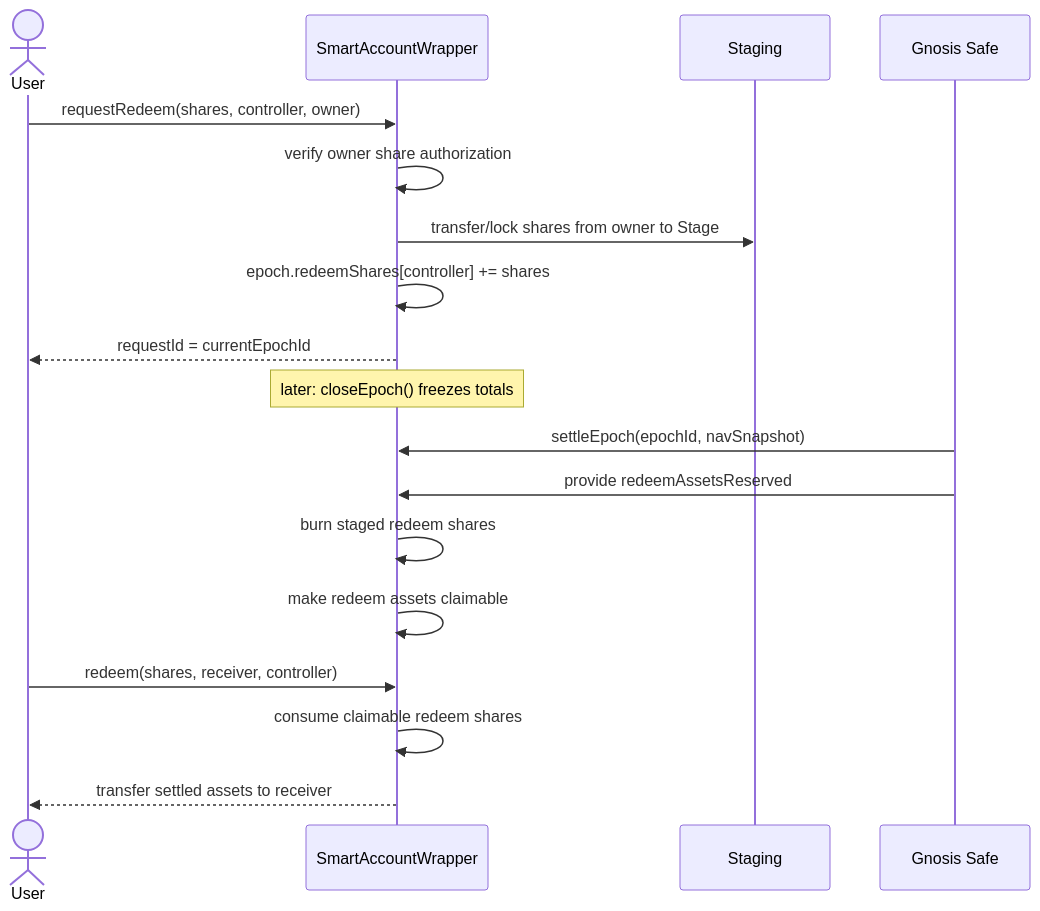
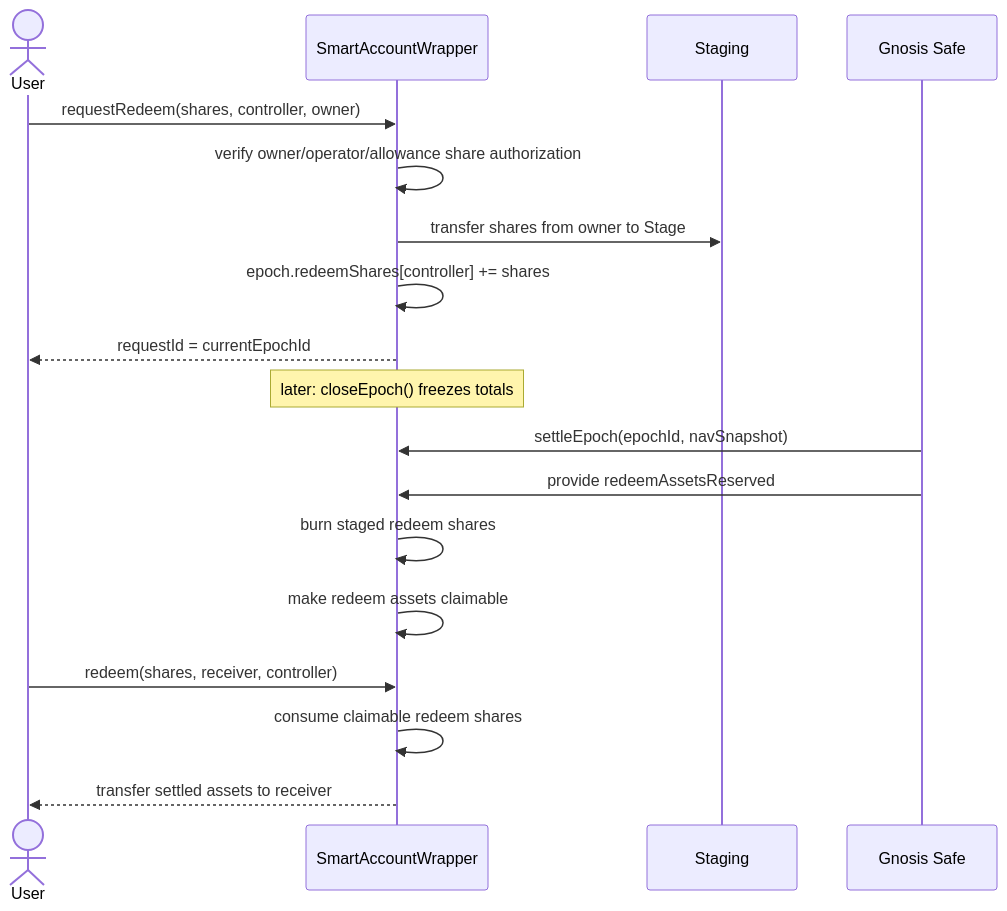
Before and after one commit to K3-Capital/erc7540-wrapper: the fifth of 5 diagrams in ARCHITECTURE.md, drawn with Mermaid. The commit also changed other lines of this file, not shown here.

Commit message:
docs: align architecture with implementation

````diff
--- a/ARCHITECTURE.md
+++ b/ARCHITECTURE.md
@@ -305,23 +308,23 @@
 ```mermaid
 sequenceDiagram
     actor User
     participant Vault as SmartAccountWrapper
     participant Stage as Staging
     participant Safe as Gnosis Safe
 
     User->>Vault: requestRedeem(shares, controller, owner)
-    Vault->>Vault: verify owner share authorization
-    Vault->>Stage: transfer/lock shares from owner to Stage
+    Vault->>Vault: verify owner/operator/allowance share authorization
+    Vault->>Stage: transfer shares from owner to Stage
     Vault->>Vault: epoch.redeemShares[controller] += shares
     Vault-->>User: requestId = currentEpochId
 
     Note over Vault: later: closeEpoch() freezes totals
     Safe->>Vault: settleEpoch(epochId, navSnapshot)
     Safe->>Vault: provide redeemAssetsReserved
     Vault->>Vault: burn staged redeem shares
     Vault->>Vault: make redeem assets claimable
 
     User->>Vault: redeem(shares, receiver, controller)
     Vault->>Vault: consume claimable redeem shares
     Vault-->>User: transfer settled assets to receiver
 ```
````
